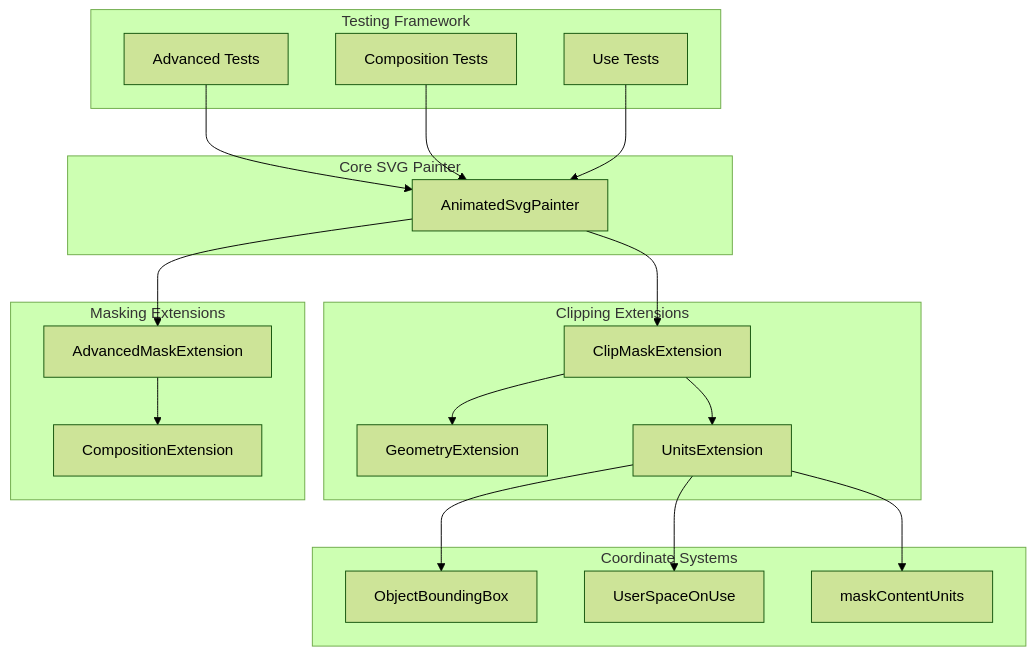
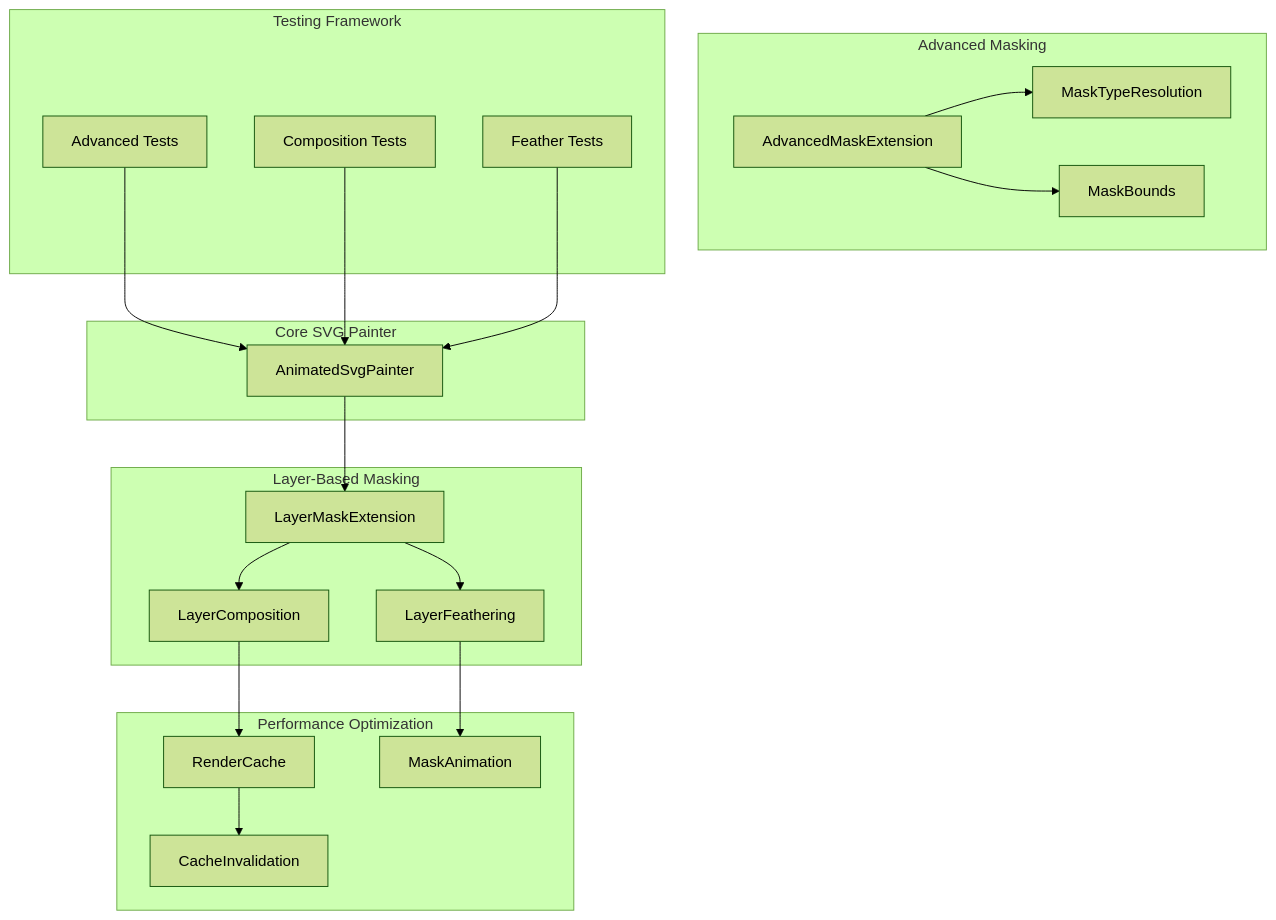
One commit to denisnadey/flutter_full_svg_support changed the first of 5 diagrams in .qoder/repowiki/en/content/Animated SVG Support/Advanced Animation Features/SVG Filters and Effects/Advanced Clipping and Masking System.md. Above: the diagram before and after it, drawn with Mermaid (forest theme). The commit also changed other lines of this file and 5 other files, not shown here.

````diff
--- a/.qoder/repowiki/en/content/Animated SVG Support/Advanced Animation Features/SVG Filters and Effects/Advanced Clipping and Masking System.md
+++ b/.qoder/repowiki/en/content/Animated SVG Support/Advanced Animation Features/SVG Filters and Effects/Advanced Clipping and Masking System.md
@@ -40,36 +53,37 @@
 ```mermaid
 graph TB
 subgraph "Core SVG Painter"
 AP[AnimatedSvgPainter]
 end
-subgraph "Clipping Extensions"
-CM[ClipMaskExtension]
-CG[GeometryExtension]
-CU[UnitsExtension]
+subgraph "Layer-Based Masking"
+LM[LayerMaskExtension]
+LC[LayerComposition]
+LF[LayerFeathering]
 end
-subgraph "Masking Extensions"
+subgraph "Advanced Masking"
 AM[AdvancedMaskExtension]
-AC[CompositionExtension]
+MT[MaskTypeResolution]
+MB[MaskBounds]
 end
-subgraph "Coordinate Systems"
-OB[ObjectBoundingBox]
-US[UserSpaceOnUse]
-MC[maskContentUnits]
+subgraph "Performance Optimization"
+RC[RenderCache]
+MA[MaskAnimation]
+CF[CacheInvalidation]
 end
 subgraph "Testing Framework"
 AT[Advanced Tests]
 CT[Composition Tests]
-UT[Use Tests]
+FT[Feather Tests]
 end
-AP --> CM
-AP --> AM
-CM --> CG
-CM --> CU
-AM --> AC
-CU --> OB
-CU --> US
-CU --> MC
+AP --> LM
+LM --> LC
+LM --> LF
+AM --> MT
+AM --> MB
+LC --> RC
+LF --> MA
+RC --> CF
 AT --> AP
 CT --> AP
-UT --> AP
+FT --> AP
 ```
````
